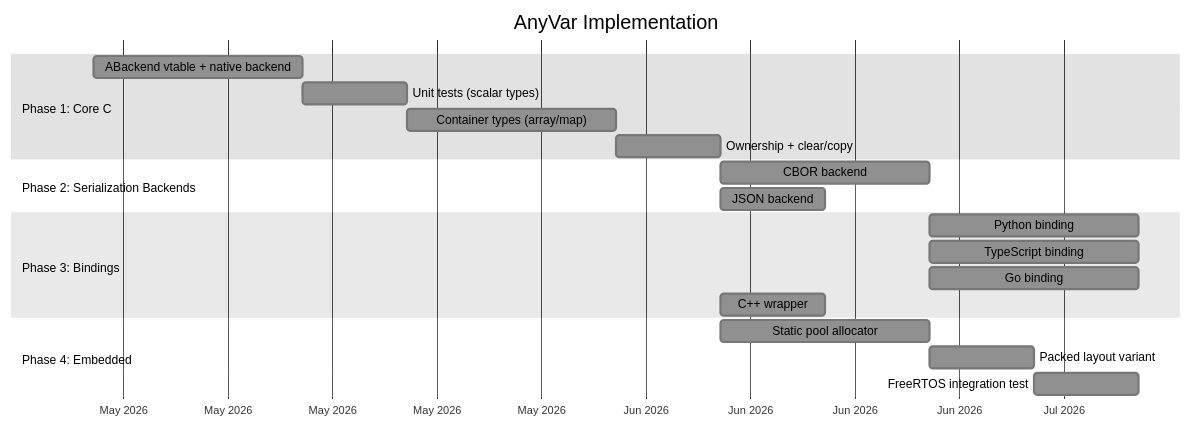
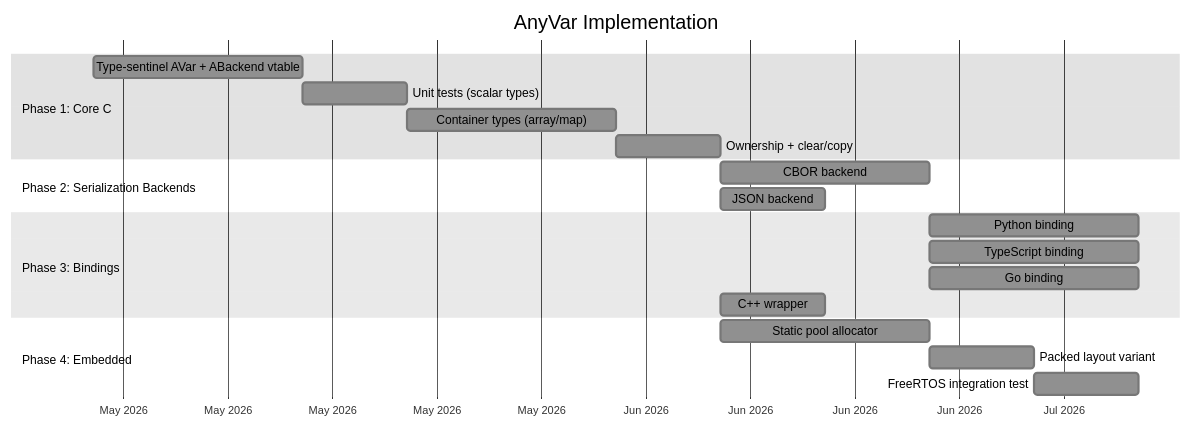
Diagram 11 of 11 in README.md (visionik/anyvar), drawn with Mermaid before and after one commit. The commit also changed other lines of this file, not shown here.

Commit message:
feat: adopt type-sentinel architecture (v0.3.0)

````diff
--- a/README.md
+++ b/README.md
@@ -542,28 +557,28 @@
 ```mermaid
 %%{init: {'theme': 'base', 'themeVariables': { 'primaryColor': '#909090', 'secondaryColor': '#808080', 'tertiaryColor': '#707070', 'primaryTextColor': '#000000', 'secondaryTextColor': '#000000', 'tertiaryTextColor': '#000000', 'noteTextColor': '#000000', 'lineColor': '#404040' }}}%%
 gantt
     title AnyVar Implementation
     dateFormat YYYY-MM
     axisFormat %b %Y
 
     section Phase 1: Core C
-    ABackend vtable + native backend :p1a, 2026-05, 2w
+    Type-sentinel AVar + ABackend vtable :p1a, 2026-05, 2w
     Unit tests (scalar types)        :p1b, after p1a, 1w
     Container types (array/map)      :p1c, after p1b, 2w
     Ownership + clear/copy           :p1d, after p1c, 1w
 
     section Phase 2: Serialization Backends
     CBOR backend                     :p2a, after p1d, 2w
     JSON backend                     :p2b, after p1d, 1w
 
     section Phase 3: Bindings
     Python binding              :p3a, after p2a, 2w
     TypeScript binding          :p3b, after p2a, 2w
     Go binding                  :p3c, after p2a, 2w
     C++ wrapper                 :p3d, after p1d, 1w
 
     section Phase 4: Embedded
     Static pool allocator       :p4a, after p1d, 2w
     Packed layout variant       :p4b, after p4a, 1w
     FreeRTOS integration test   :p4c, after p4b, 1w
 ```
````
